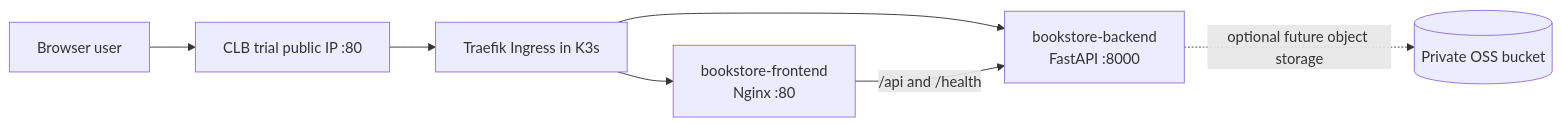
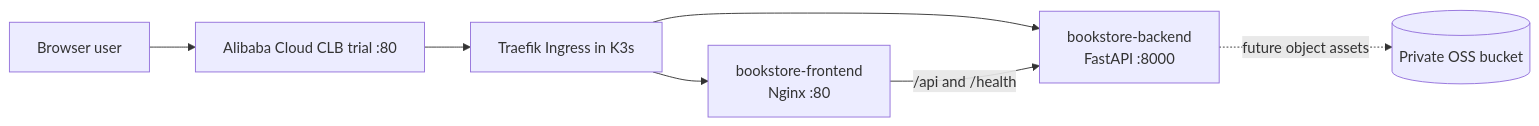
Before and after one commit to xxseehome/cloud-native-online-bookstore: the first of 3 diagrams in docs/architecture.md, drawn with Mermaid. The commit also changed other lines of this file and 32 other files, not shown here.

````diff
--- a/docs/architecture.md
+++ b/docs/architecture.md
@@ -10,9 +10,9 @@
 ```mermaid
 flowchart LR
-    User[Browser user] --> Entry[CLB trial public IP :80]
-    Entry --> Traefik[Traefik Ingress in K3s]
+    User[Browser user] --> CLB[Alibaba Cloud CLB trial :80]
+    CLB --> Traefik[Traefik Ingress in K3s]
     Traefik --> Frontend[bookstore-frontend\nNginx :80]
     Traefik --> Backend[bookstore-backend\nFastAPI :8000]
     Frontend -->|/api and /health| Backend
-    Backend -.->|optional future object storage| OSS[(Private OSS bucket)]
+    Backend -.->|future object assets| OSS[(Private OSS bucket)]
 ```
````
